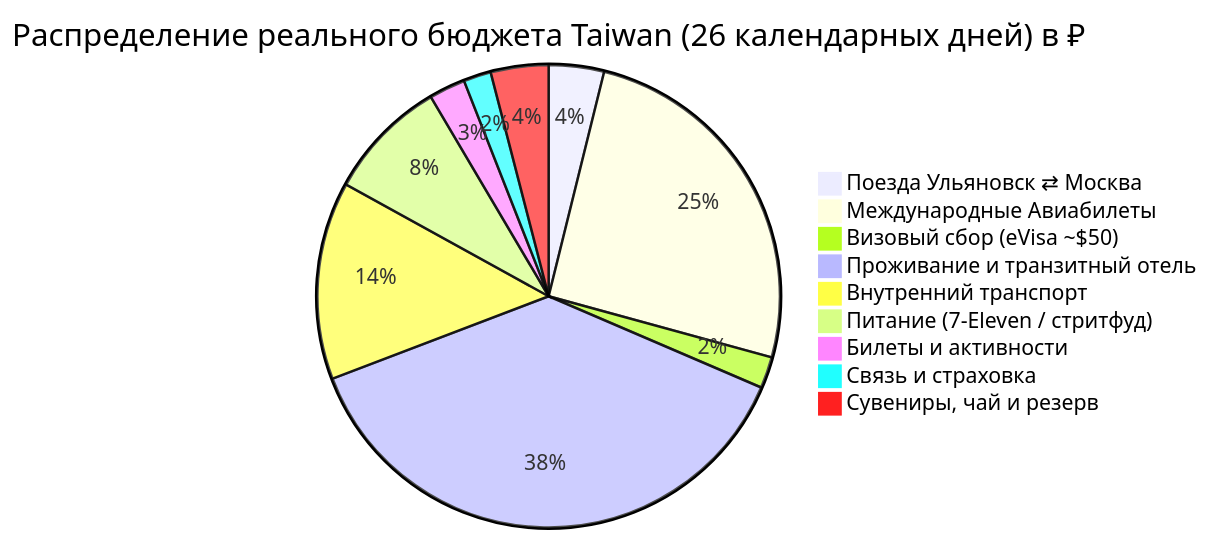
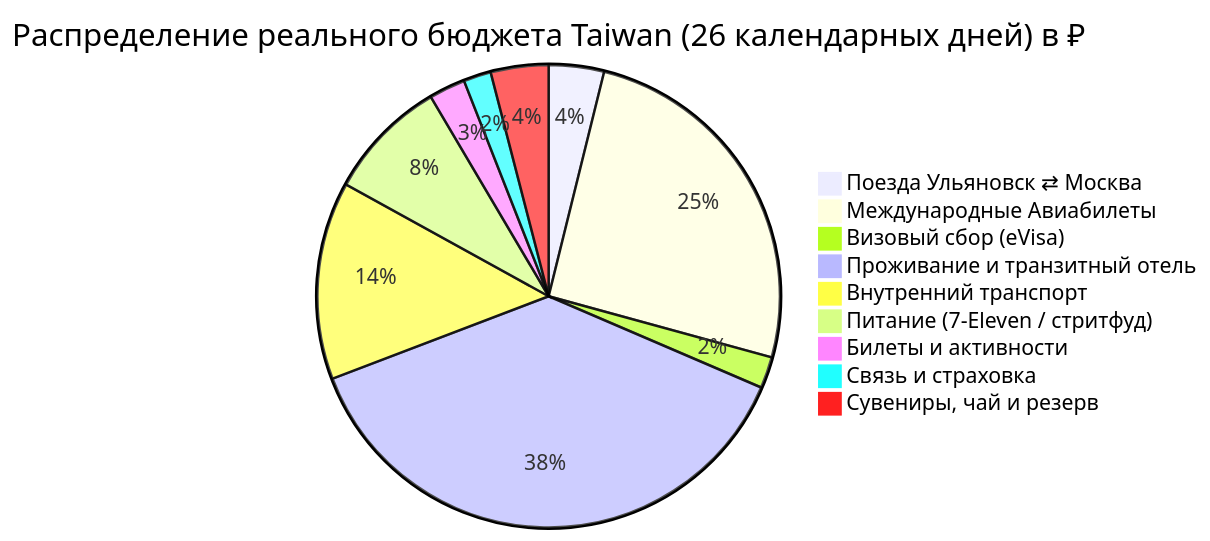
One commit to injurka/obsidian-mark changed the diagram in Personal Note/Travel/-- Taiwan/04 - Финансы/Финансы.md. Above: the diagram before and after it, drawn with Mermaid. The commit also changed other lines of this file and 4 other files, not shown here.

````diff
--- a/Personal Note/Travel/-- Taiwan/04 - Финансы/Финансы.md
+++ b/Personal Note/Travel/-- Taiwan/04 - Финансы/Финансы.md
@@ -14,12 +14,12 @@
 ```mermaid
 pie title Распределение реального бюджета Taiwan (26 календарных дней) в ₽
     "Поезда Ульяновск ⇄ Москва" : 8419
     "Международные Авиабилеты" : 55412
-    "Визовый сбор (eVisa ~$50)" : 4800
+    "Визовый сбор (eVisa)" : 4800
     "Проживание и транзитный отель" : 82357
     "Внутренний транспорт" : 30155
     "Питание (7-Eleven / стритфуд)" : 18500
     "Билеты и активности" : 5540
     "Связь и страховка" : 4200
     "Сувениры, чай и резерв" : 8800
 ```
````
